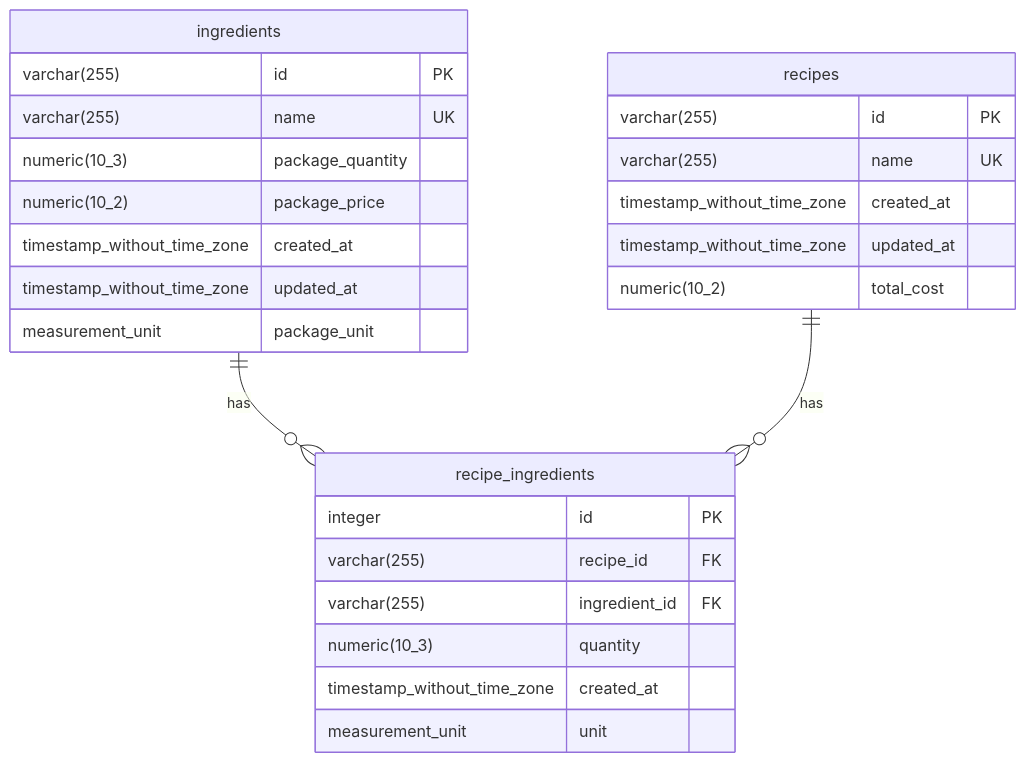
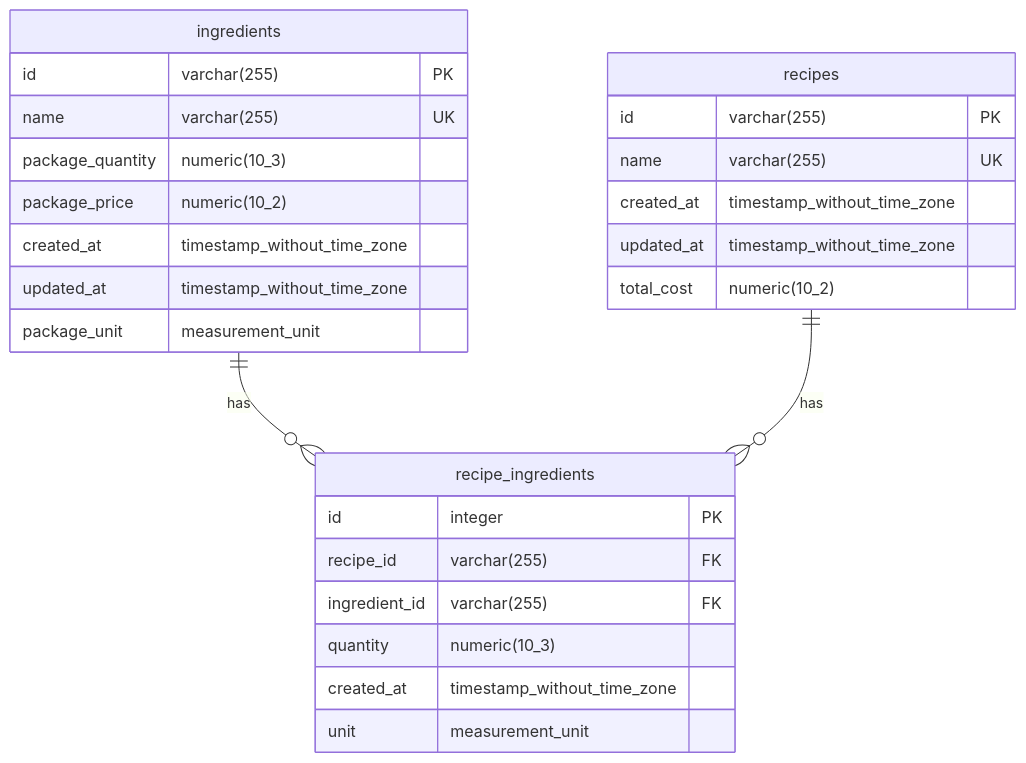
One commit to ViniciusDev26/costify changed the diagram in docs/database-er-diagram.mmd. Above: the diagram before and after it, drawn with Mermaid. The commit also changed 5 other files, not shown here.

First line of the commit message:
♻️ refactor ER diagram: deduplication and format improvements

```diff
--- a/docs/database-er-diagram.mmd
+++ b/docs/database-er-diagram.mmd
@@ -1,31 +1,31 @@
 erDiagram
 
     ingredients {
-        varchar(255) id PK
-        varchar(255) name UK
-        numeric(10_3) package_quantity
-        numeric(10_2) package_price
-        timestamp_without_time_zone created_at
-        timestamp_without_time_zone updated_at
-        measurement_unit package_unit
+        id varchar(255) PK
+        name varchar(255) UK
+        package_quantity numeric(10_3)
+        package_price numeric(10_2)
+        created_at timestamp_without_time_zone
+        updated_at timestamp_without_time_zone
+        package_unit measurement_unit
     }
 
     recipe_ingredients {
-        integer id PK
-        varchar(255) recipe_id FK
-        varchar(255) ingredient_id FK
-        numeric(10_3) quantity
-        timestamp_without_time_zone created_at
-        measurement_unit unit
+        id integer PK
+        recipe_id varchar(255) FK
+        ingredient_id varchar(255) FK
+        quantity numeric(10_3)
+        created_at timestamp_without_time_zone
+        unit measurement_unit
     }
 
     recipes {
-        varchar(255) id PK
-        varchar(255) name UK
-        timestamp_without_time_zone created_at
-        timestamp_without_time_zone updated_at
-        numeric(10_2) total_cost
+        id varchar(255) PK
+        name varchar(255) UK
+        created_at timestamp_without_time_zone
+        updated_at timestamp_without_time_zone
+        total_cost numeric(10_2)
     }
 
     ingredients ||--o{ recipe_ingredients : "has"
     recipes ||--o{ recipe_ingredients : "has"
```
